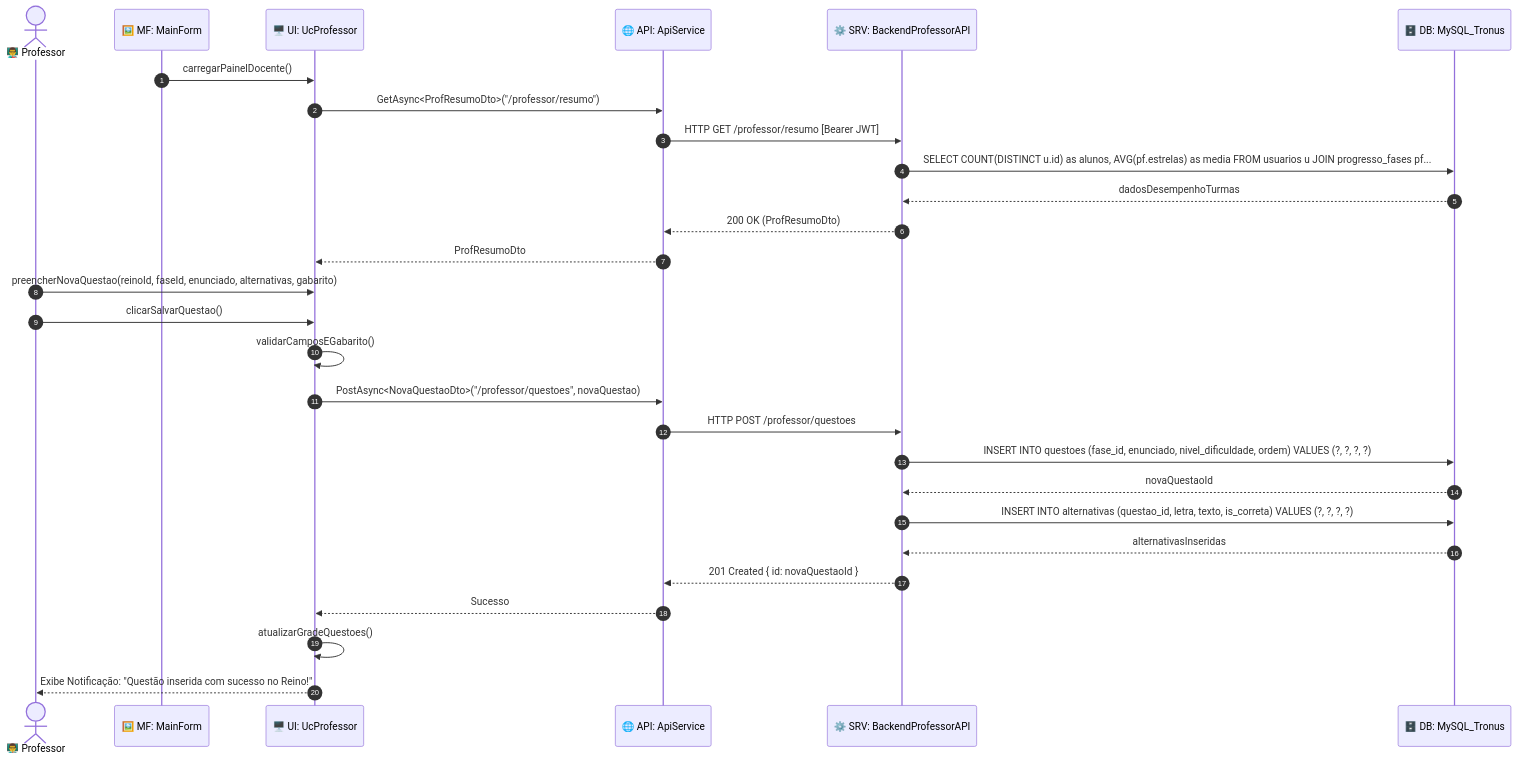
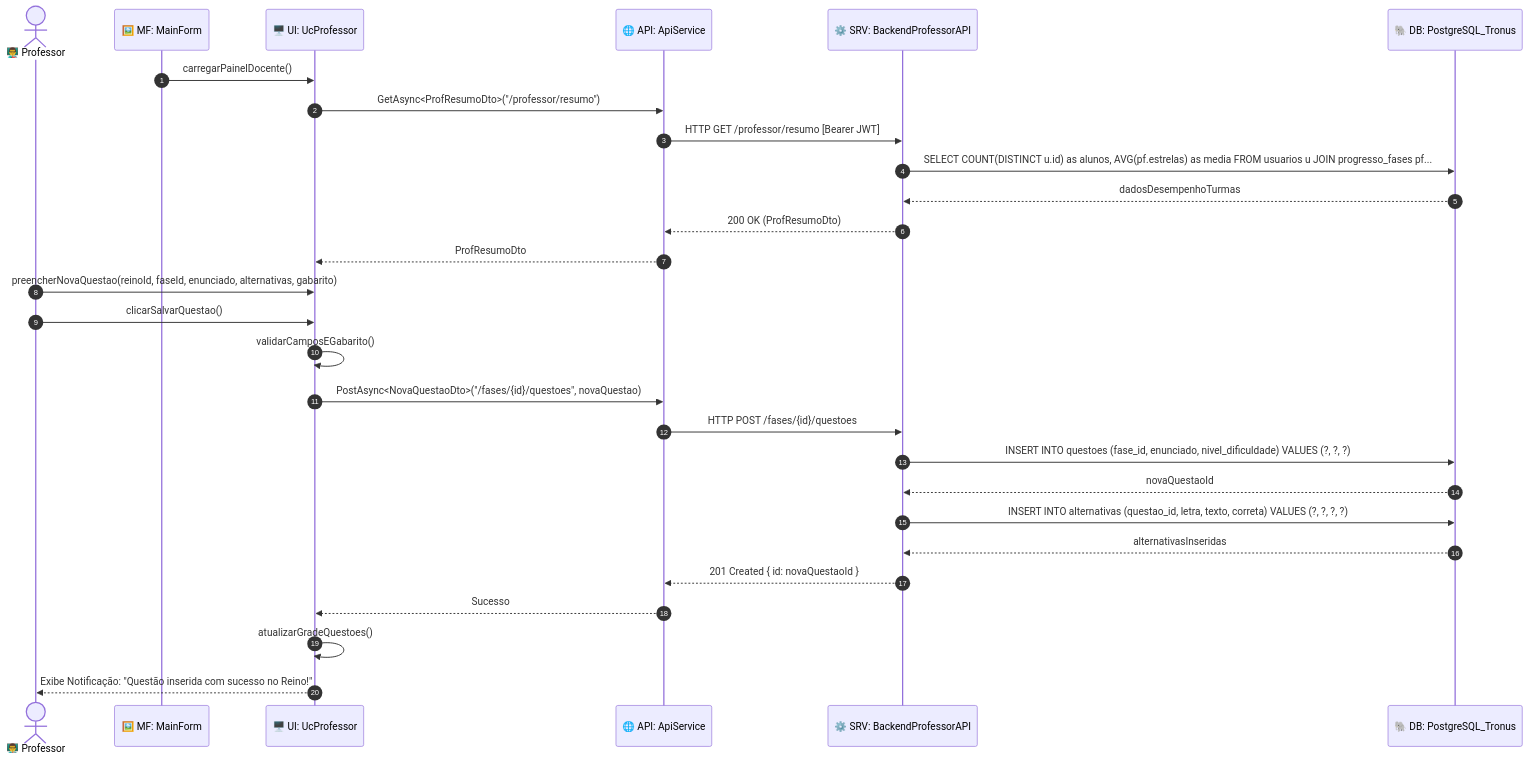
Before and after one commit to Pim-Unip2025/desktop: diagram 11 of 12 in DiagramaDeSequencia.md, drawn with Mermaid. The commit also changed other lines of this file and 2 other files, not shown here.

Commit message:
docs(db): adiciona especificacao completa do schema PostgreSQL Supabase e alinha diagramas de sequencia

````diff
--- a/DiagramaDeSequencia.md
+++ b/DiagramaDeSequencia.md
@@ -590,32 +590,32 @@
 ```mermaid
 sequenceDiagram
     autonumber
     actor Professor as 👨‍🏫 Professor
     participant MF as 🖼️ MF: MainForm
     participant UI as 🖥️ UI: UcProfessor
     participant API as 🌐 API: ApiService
     participant SRV as ⚙️ SRV: BackendProfessorAPI
-    participant DB as 🗄️ DB: MySQL_Tronus
+    participant DB as 🐘 DB: PostgreSQL_Tronus
 
     MF->>UI: carregarPainelDocente()
     UI->>API: GetAsync<ProfResumoDto>("/professor/resumo")
     API->>SRV: HTTP GET /professor/resumo [Bearer JWT]
     SRV->>DB: SELECT COUNT(DISTINCT u.id) as alunos, AVG(pf.estrelas) as media FROM usuarios u JOIN progresso_fases pf...
     DB-->>SRV: dadosDesempenhoTurmas
     SRV-->>API: 200 OK (ProfResumoDto)
     API-->>UI: ProfResumoDto
     
     Professor->>UI: preencherNovaQuestao(reinoId, faseId, enunciado, alternativas, gabarito)
     Professor->>UI: clicarSalvarQuestao()
     UI->>UI: validarCamposEGabarito()
-    UI->>API: PostAsync<NovaQuestaoDto>("/professor/questoes", novaQuestao)
-    API->>SRV: HTTP POST /professor/questoes
-    SRV->>DB: INSERT INTO questoes (fase_id, enunciado, nivel_dificuldade, ordem) VALUES (?, ?, ?, ?)
+    UI->>API: PostAsync<NovaQuestaoDto>("/fases/{id}/questoes", novaQuestao)
+    API->>SRV: HTTP POST /fases/{id}/questoes
+    SRV->>DB: INSERT INTO questoes (fase_id, enunciado, nivel_dificuldade) VALUES (?, ?, ?)
     DB-->>SRV: novaQuestaoId
-    SRV->>DB: INSERT INTO alternativas (questao_id, letra, texto, is_correta) VALUES (?, ?, ?, ?)
+    SRV->>DB: INSERT INTO alternativas (questao_id, letra, texto, correta) VALUES (?, ?, ?, ?)
     DB-->>SRV: alternativasInseridas
     SRV-->>API: 201 Created { id: novaQuestaoId }
     API-->>UI: Sucesso
     UI->>UI: atualizarGradeQuestoes()
     UI-->>Professor: Exibe Notificação: "Questão inserida com sucesso no Reino!"
 ```
````
